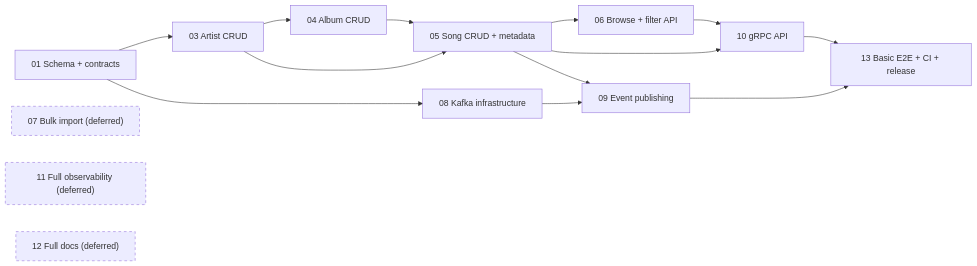
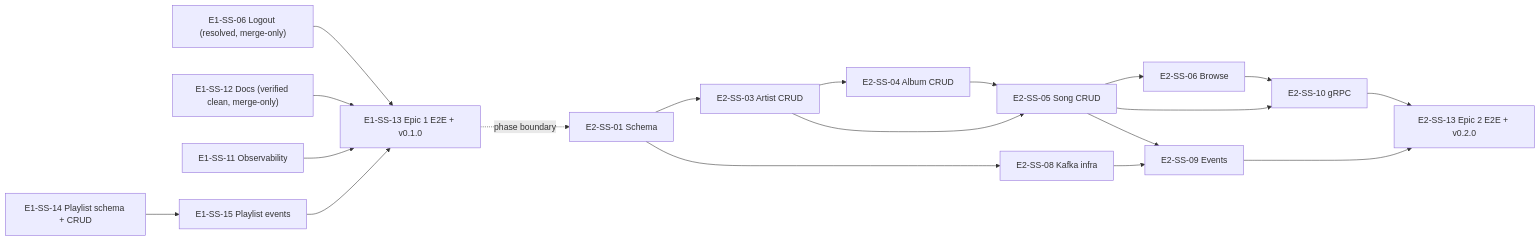
Before and after one commit to jeelan-ds786/music-recommender-system: the second of 2 diagrams in Sprint deliverables/Epic 2/Sprint Tracker/Sprint 1/Sprint1_Tracker.md, drawn with Mermaid. The commit also changed other lines of this file and 6 other files, not shown here.

````diff
--- a/Sprint deliverables/Epic 2/Sprint Tracker/Sprint 1/Sprint1_Tracker.md
+++ b/Sprint deliverables/Epic 2/Sprint Tracker/Sprint 1/Sprint1_Tracker.md
@@ -40,20 +50,30 @@
 ```mermaid
 flowchart LR
-    T01["01 Schema + contracts"] --> T03["03 Artist CRUD"]
-    T01 --> T08["08 Kafka infrastructure"]
-    T03 --> T04["04 Album CRUD"]
-    T03 --> T05["05 Song CRUD + metadata"]
+    T06["E1-SS-06 Logout (resolved, merge-only)"]
+    T12["E1-SS-12 Docs (verified clean, merge-only)"]
+    T11["E1-SS-11 Observability"]
+    T14["E1-SS-14 Playlist schema + CRUD"]
+    T15["E1-SS-15 Playlist events"]
+    T13a["E1-SS-13 Epic 1 E2E + v0.1.0"]
+
+    T14 --> T15
+    T06 --> T13a
+    T11 --> T13a
+    T12 --> T13a
+    T15 --> T13a
+
+    T13a -.phase boundary.-> T01["E2-SS-01 Schema"]
+
+    T01 --> T03["E2-SS-03 Artist CRUD"]
+    T01 --> T08["E2-SS-08 Kafka infra"]
+    T03 --> T04["E2-SS-04 Album CRUD"]
+    T03 --> T05["E2-SS-05 Song CRUD"]
     T04 --> T05
-    T05 --> T06["06 Browse + filter API"]
-    T05 --> T10["10 gRPC API"]
-    T06 --> T10
-    T05 --> T09["09 Event publishing"]
+    T05 --> T06b["E2-SS-06 Browse"]
+    T05 --> T10["E2-SS-10 gRPC"]
+    T06b --> T10
+    T05 --> T09["E2-SS-09 Events"]
     T08 --> T09
-    T09 --> T13["13 Basic E2E + CI + release"]
-    T10 --> T13
-
-    T07["07 Bulk import (deferred)"]:::deferred
-    T11["11 Full observability (deferred)"]:::deferred
-    T12["12 Full docs (deferred)"]:::deferred
-    classDef deferred stroke-dasharray: 5 5
+    T09 --> T13b["E2-SS-13 Epic 2 E2E + v0.2.0"]
+    T10 --> T13b
 ```
````
